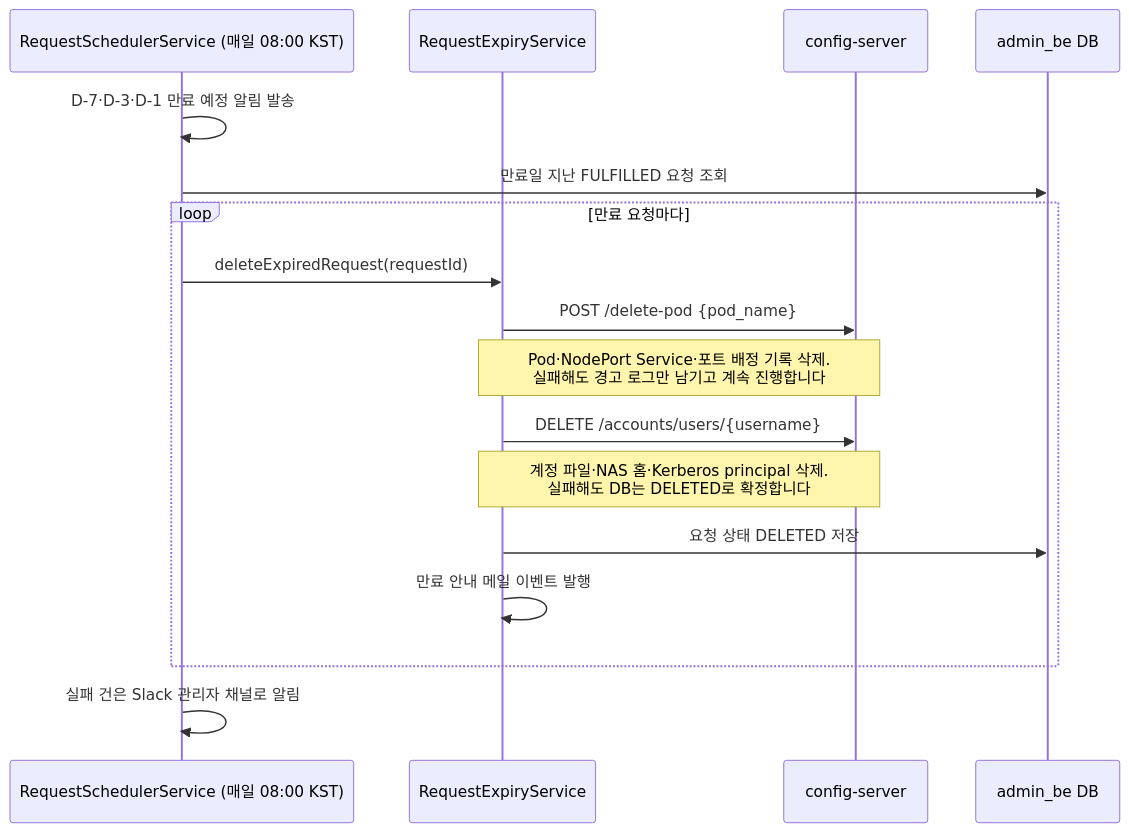
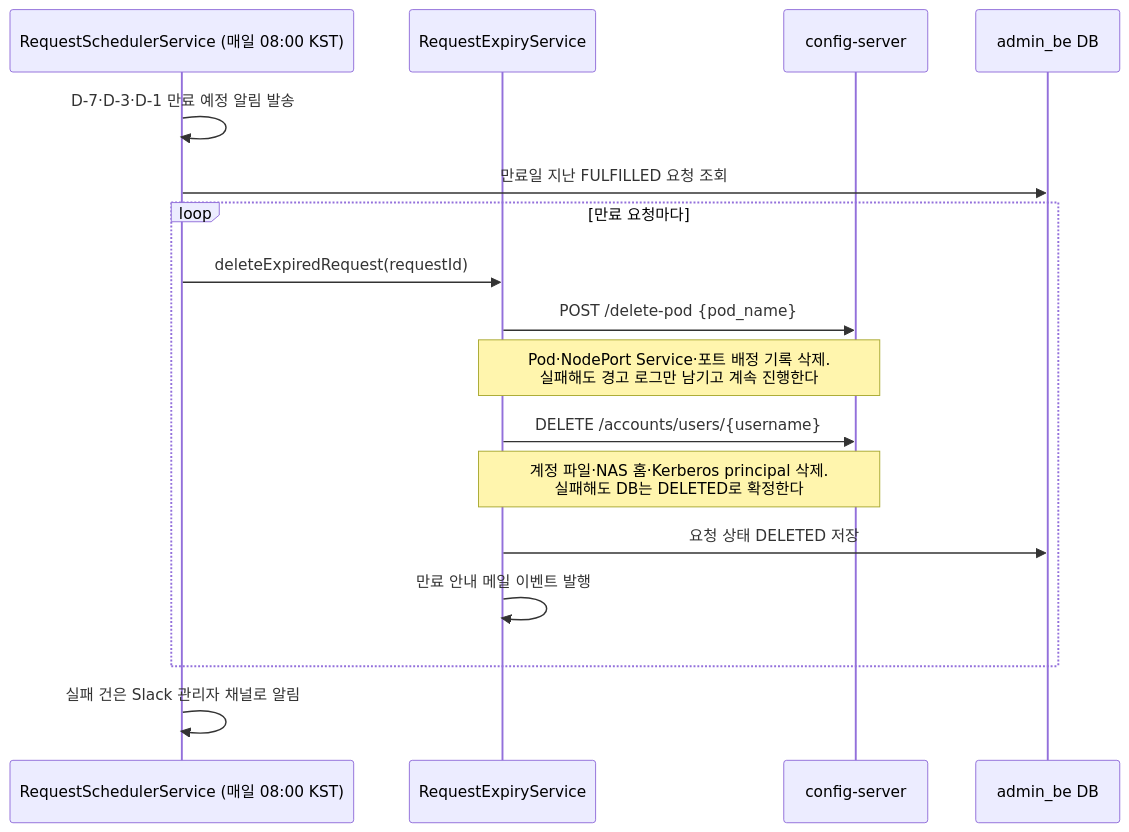
One commit to CSID-DGU/admin_wiki changed the second of 4 diagrams in md/infra/operations/운영-매뉴얼.md. Above: the diagram before and after it, drawn with Mermaid. The commit also changed other lines of this file and 9 other files, not shown here.

````diff
--- a/md/infra/operations/운영-매뉴얼.md
+++ b/md/infra/operations/운영-매뉴얼.md
@@ -506,20 +506,20 @@
 ```mermaid
 sequenceDiagram
     participant SCH as RequestSchedulerService (매일 08:00 KST)
     participant EXP as RequestExpiryService
     participant CS as config-server
     participant DB as admin_be DB
 
     SCH->>SCH: D-7·D-3·D-1 만료 예정 알림 발송
     SCH->>DB: 만료일 지난 FULFILLED 요청 조회
     loop 만료 요청마다
         SCH->>EXP: deleteExpiredRequest(requestId)
         EXP->>CS: POST /delete-pod {pod_name}
-        Note over EXP,CS: Pod·NodePort Service·포트 배정 기록 삭제.<br/>실패해도 경고 로그만 남기고 계속 진행합니다
+        Note over EXP,CS: Pod·NodePort Service·포트 배정 기록 삭제.<br/>실패해도 경고 로그만 남기고 계속 진행한다
         EXP->>CS: DELETE /accounts/users/{username}
-        Note over EXP,CS: 계정 파일·NAS 홈·Kerberos principal 삭제.<br/>실패해도 DB는 DELETED로 확정합니다
+        Note over EXP,CS: 계정 파일·NAS 홈·Kerberos principal 삭제.<br/>실패해도 DB는 DELETED로 확정한다
         EXP->>DB: 요청 상태 DELETED 저장
         EXP->>EXP: 만료 안내 메일 이벤트 발행
     end
     SCH->>SCH: 실패 건은 Slack 관리자 채널로 알림
 ```
````
